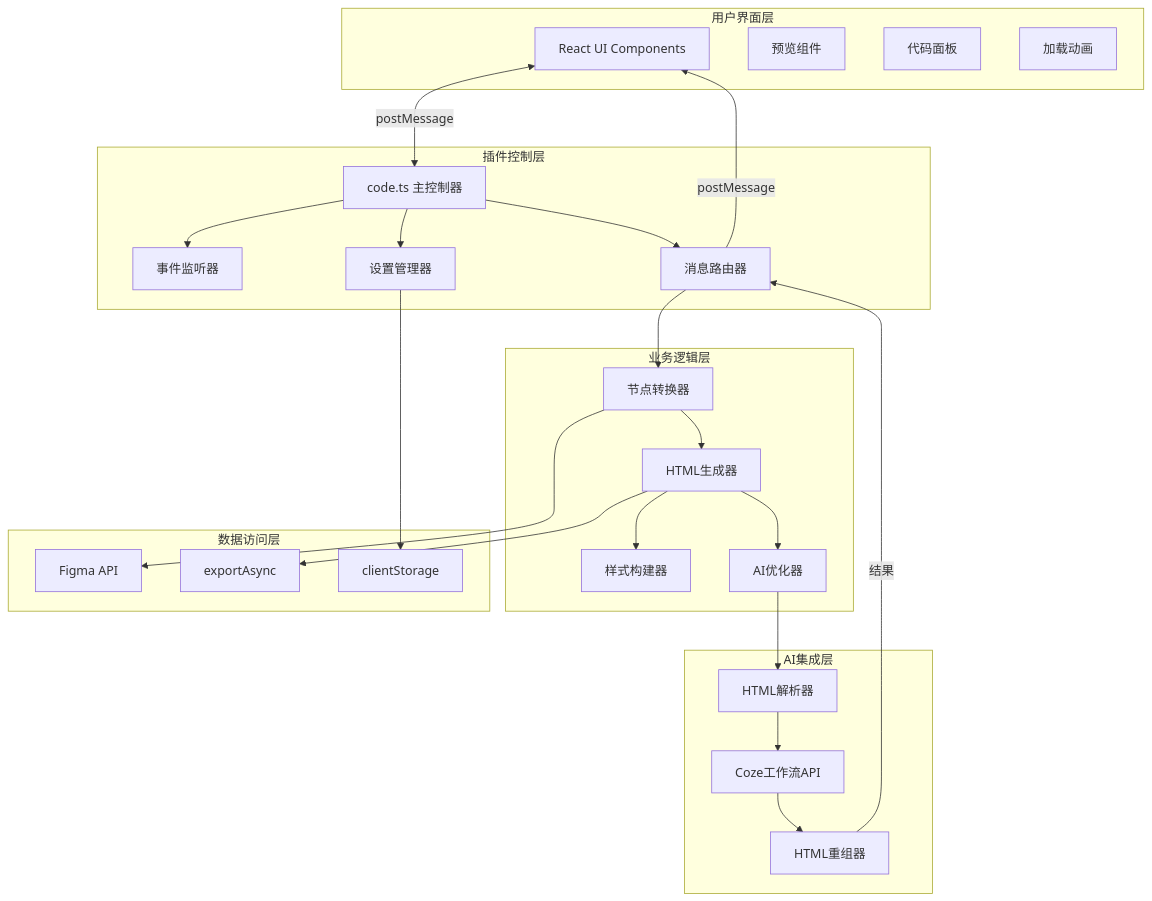
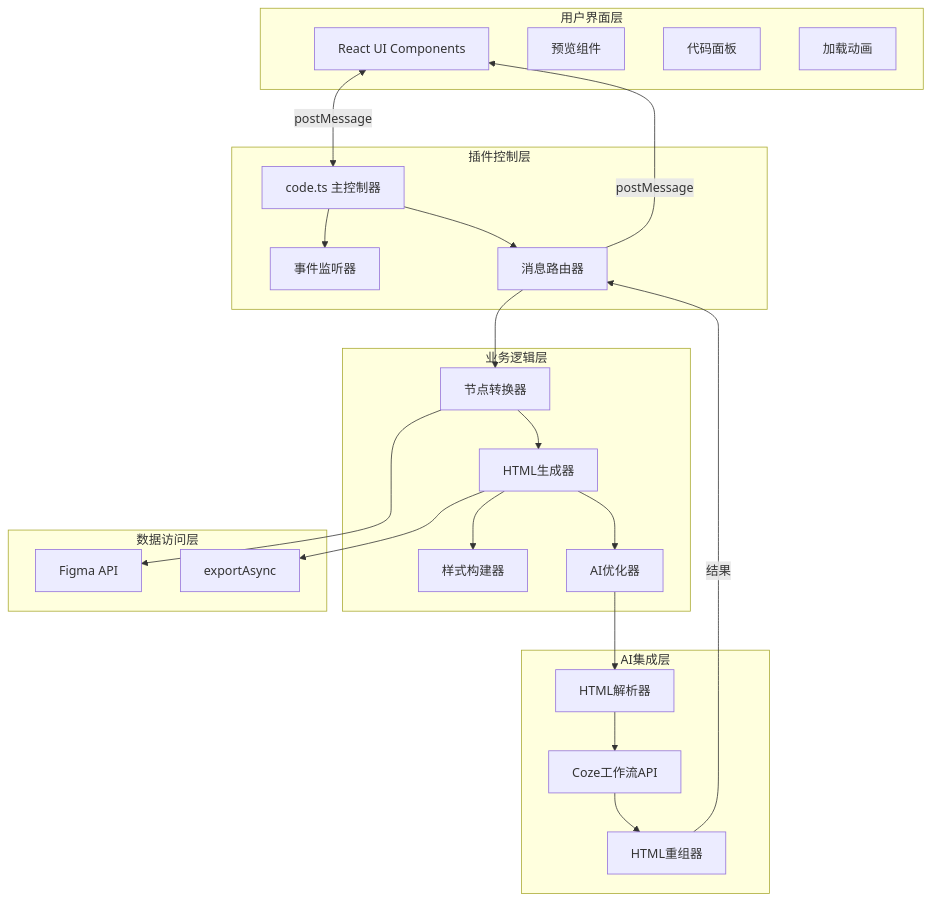
The first of 21 diagrams in 文档/架构图与类图.md (ziqingchuan/figma2code-plugin), drawn with Mermaid before and after one commit. The commit also changed other lines of this file and 7 other files, not shown here.

````diff
--- a/文档/架构图与类图.md
+++ b/文档/架构图与类图.md
@@ -7,56 +7,52 @@
 ```mermaid
 graph TB
     subgraph "用户界面层"
         UI[React UI Components]
         Preview[预览组件]
         CodePanel[代码面板]
         Loading[加载动画]
     end
     
     subgraph "插件控制层"
         PluginMain[code.ts 主控制器]
         EventListener[事件监听器]
-        SettingsManager[设置管理器]
         MessageRouter[消息路由器]
     end
     
     subgraph "业务逻辑层"
         NodeConverter[节点转换器]
         HTMLGenerator[HTML生成器]
         StyleBuilder[样式构建器]
         AIOptimizer[AI优化器]
     end
     
     subgraph "AI集成层"
         HTMLParser[HTML解析器]
         CozeAPI[Coze工作流API]
         HTMLRebuilder[HTML重组器]
     end
     
     subgraph "数据访问层"
         FigmaAPI[Figma API]
         ExportAPI[exportAsync]
-        StorageAPI[clientStorage]
     end
     
     UI <-->|postMessage| PluginMain
     PluginMain --> EventListener
-    PluginMain --> SettingsManager
     PluginMain --> MessageRouter
     
     MessageRouter --> NodeConverter
     NodeConverter --> HTMLGenerator
     HTMLGenerator --> StyleBuilder
     HTMLGenerator --> AIOptimizer
     
     AIOptimizer --> HTMLParser
     HTMLParser --> CozeAPI
     CozeAPI --> HTMLRebuilder
     
     NodeConverter --> FigmaAPI
     HTMLGenerator --> ExportAPI
-    SettingsManager --> StorageAPI
     
     HTMLRebuilder -->|结果| MessageRouter
     MessageRouter -->|postMessage| UI
 ```
````
